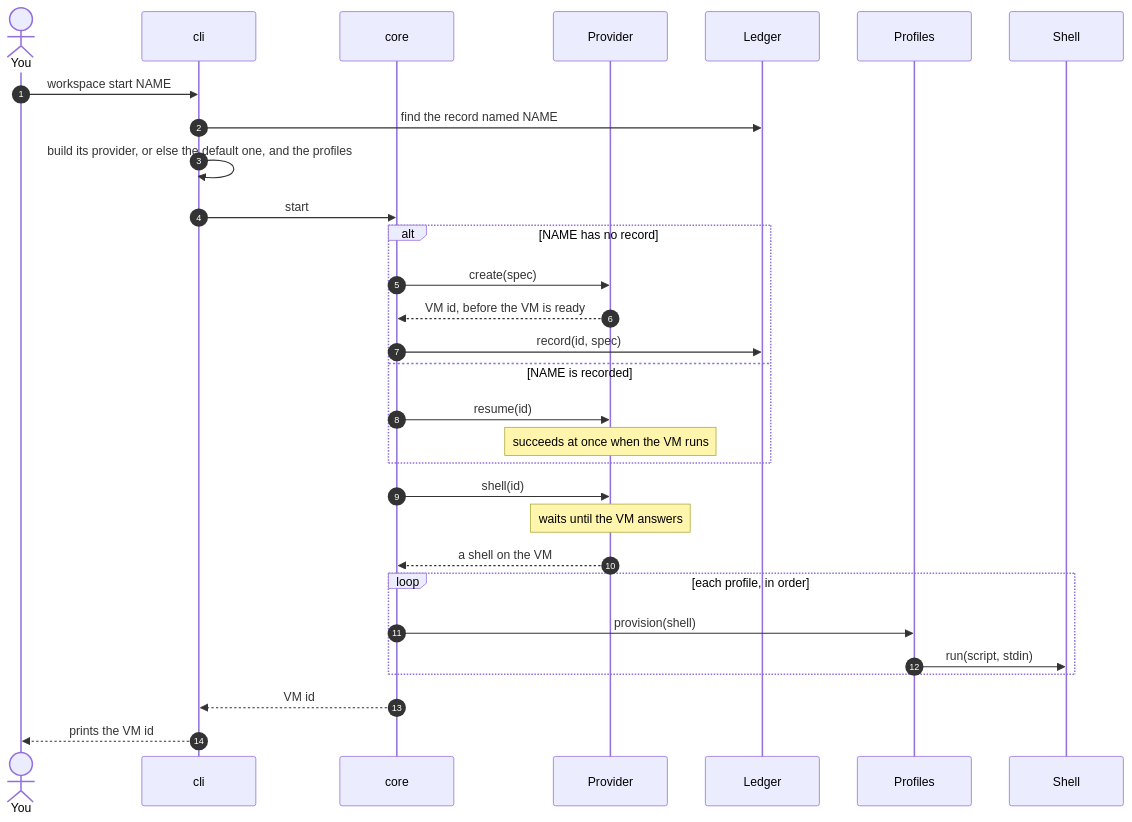
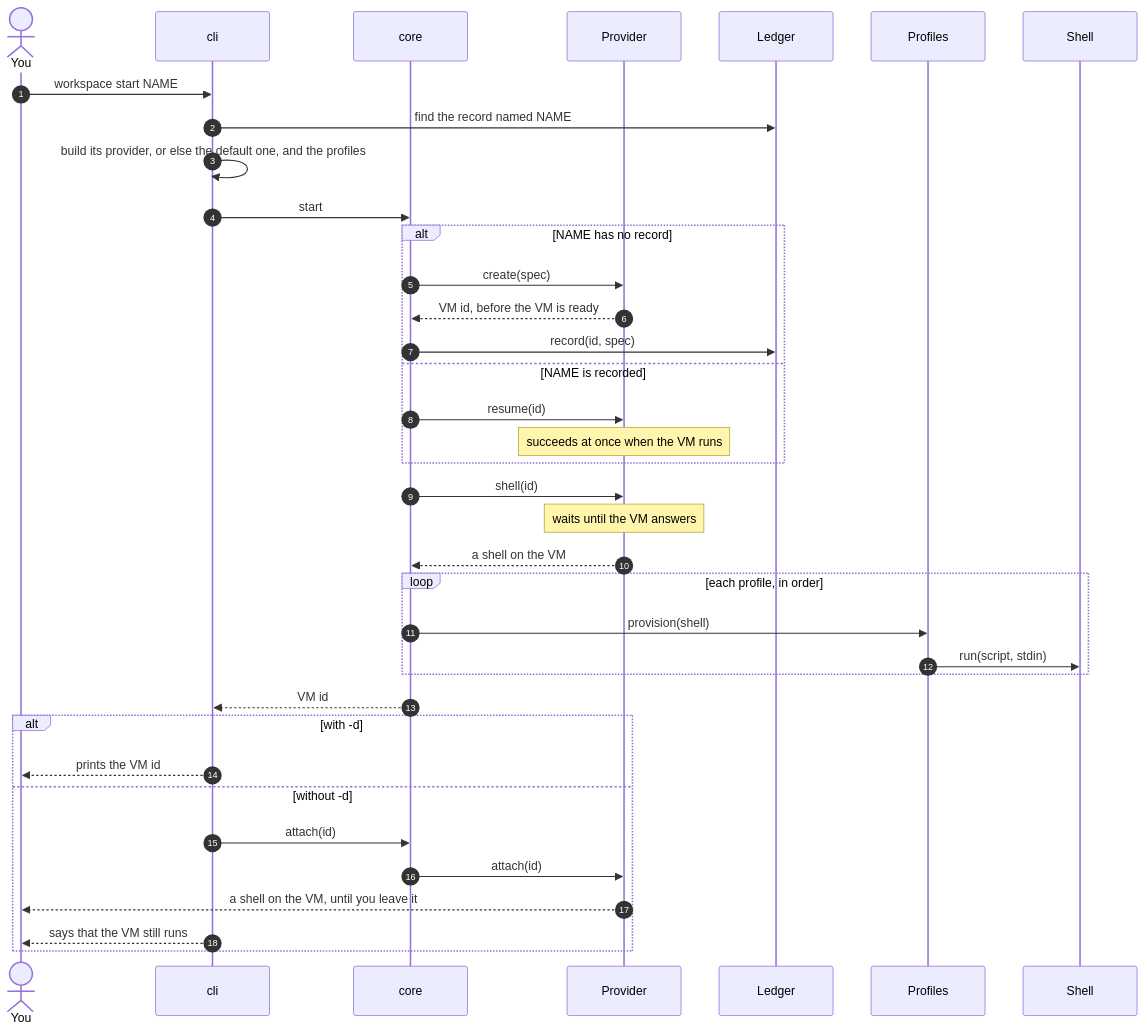
Before and after one commit to NextNodeSolutions/workspace: the third of 6 diagrams in docs/architecture.md, drawn with Mermaid. The commit also changed other lines of this file and 12 other files, not shown here.

First line of the commit message:
feat: start opens a shell on the VM, or prints its id with -d

````diff
--- a/docs/architecture.md
+++ b/docs/architecture.md
@@ -63,32 +63,39 @@
 ```mermaid
 sequenceDiagram
     autonumber
     actor You
     participant CLI as cli
     participant Core as core
     participant P as Provider
     participant L as Ledger
     participant Pr as Profiles
     participant S as Shell
     You->>CLI: workspace start NAME
     CLI->>L: find the record named NAME
     CLI->>CLI: build its provider, or else the default one, and the profiles
     CLI->>Core: start
     alt NAME has no record
         Core->>P: create(spec)
         P-->>Core: VM id, before the VM is ready
         Core->>L: record(id, spec)
     else NAME is recorded
         Core->>P: resume(id)
         Note over P: succeeds at once when the VM runs
     end
     Core->>P: shell(id)
     Note over P: waits until the VM answers
     P-->>Core: a shell on the VM
     loop each profile, in order
         Core->>Pr: provision(shell)
         Pr->>S: run(script, stdin)
     end
     Core-->>CLI: VM id
-    CLI-->>You: prints the VM id
+    alt with -d
+        CLI-->>You: prints the VM id
+    else without -d
+        CLI->>Core: attach(id)
+        Core->>P: attach(id)
+        P-->>You: a shell on the VM, until you leave it
+        CLI-->>You: says that the VM still runs
+    end
 ```
````
